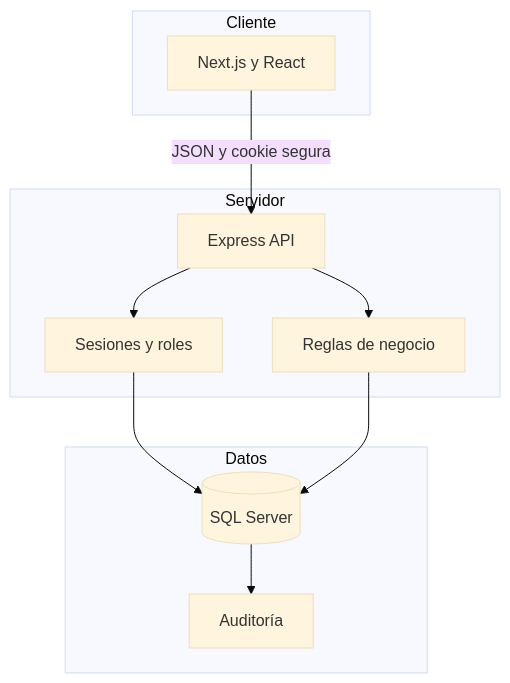
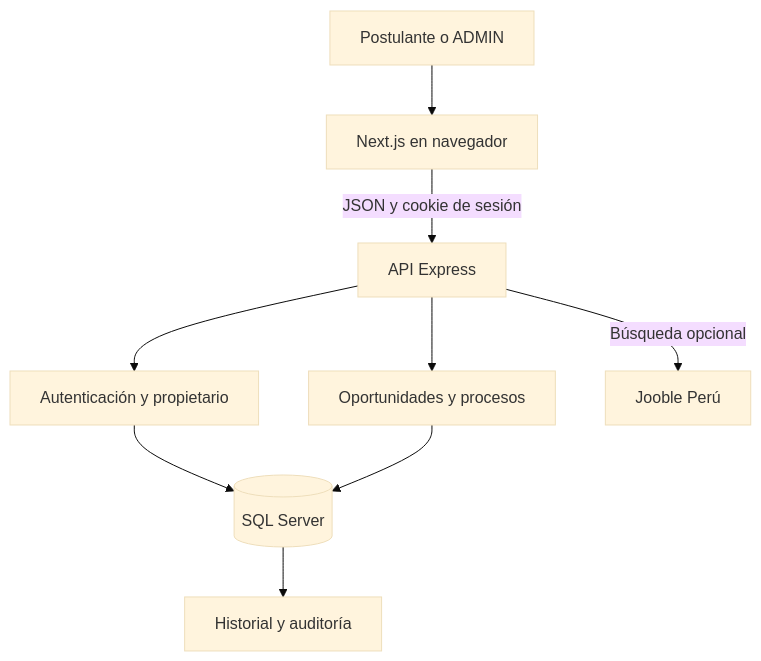
One commit to Diego11491/PostulaTrack changed the diagram in docs/01-arquitectura.md. Above: the diagram before and after it, drawn with Mermaid (base theme). The commit also changed other lines of this file and 58 other files, not shown here.

````diff
--- a/docs/01-arquitectura.md
+++ b/docs/01-arquitectura.md
@@ -7,21 +9,11 @@
 ```mermaid
-flowchart TB
-  subgraph Cliente
-    UI[Next.js y React]
-  end
-  subgraph Servidor
-    API[Express API]
-    AUTH[Sesiones y roles]
-    RULES[Reglas de negocio]
-  end
-  subgraph Datos
-    SQL[(SQL Server)]
-    AUDIT[Auditoría]
-  end
-  UI -->|JSON y cookie segura| API
-  API --> AUTH
-  API --> RULES
-  AUTH --> SQL
-  RULES --> SQL
-  SQL --> AUDIT
+flowchart TD
+  U["Postulante o ADMIN"] --> WEB["Next.js en navegador"]
+  WEB -->|"JSON y cookie de sesión"| API["API Express"]
+  API --> AUTH["Autenticación y propietario"]
+  API --> DOM["Oportunidades y procesos"]
+  AUTH --> DB[("SQL Server")]
+  DOM --> DB
+  DB --> HIST["Historial y auditoría"]
+  API -->|"Búsqueda opcional"| JOBS["Jooble Perú"]
 ```
````
